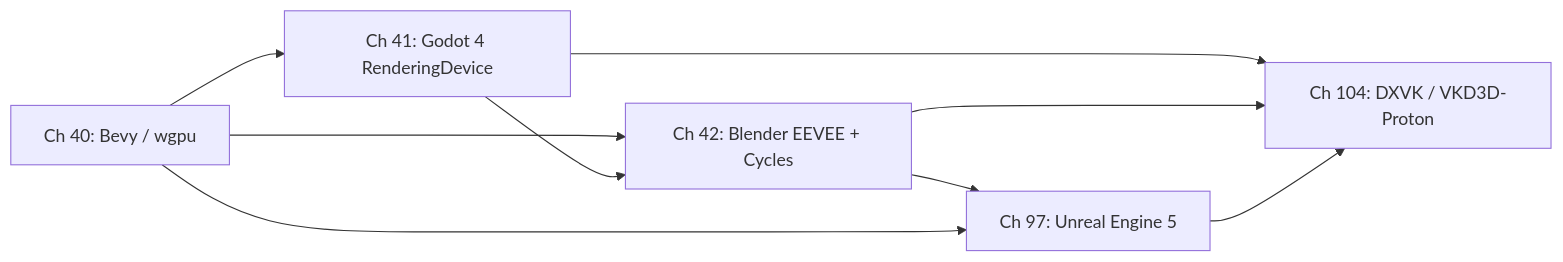
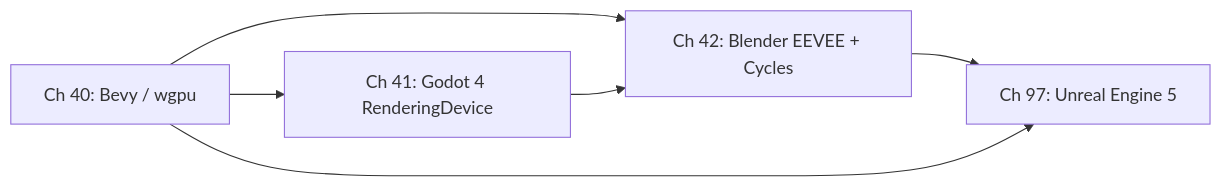
One commit to jreuben11/linux-graphics-stack-book changed the diagram in chapters/part-11-engine-creative-tools/part-intro.md. Above: the diagram before and after it, drawn with Mermaid. The commit also changed other lines of this file and 2 other files, not shown here.

````diff
--- a/chapters/part-11-engine-creative-tools/part-intro.md
+++ b/chapters/part-11-engine-creative-tools/part-intro.md
@@ -31,11 +27,8 @@
 ```mermaid
 graph LR
     A[Ch 40: Bevy / wgpu] --> B[Ch 41: Godot 4 RenderingDevice]
     A --> C[Ch 42: Blender EEVEE + Cycles]
     B --> C
     C --> D[Ch 97: Unreal Engine 5]
     A --> D
-    B --> E[Ch 104: DXVK / VKD3D-Proton]
-    C --> E
-    D --> E
 ```
````
